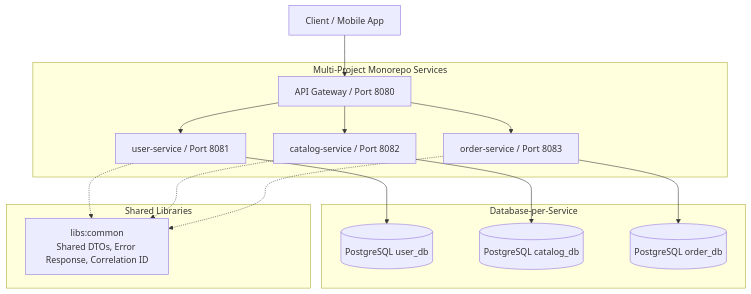
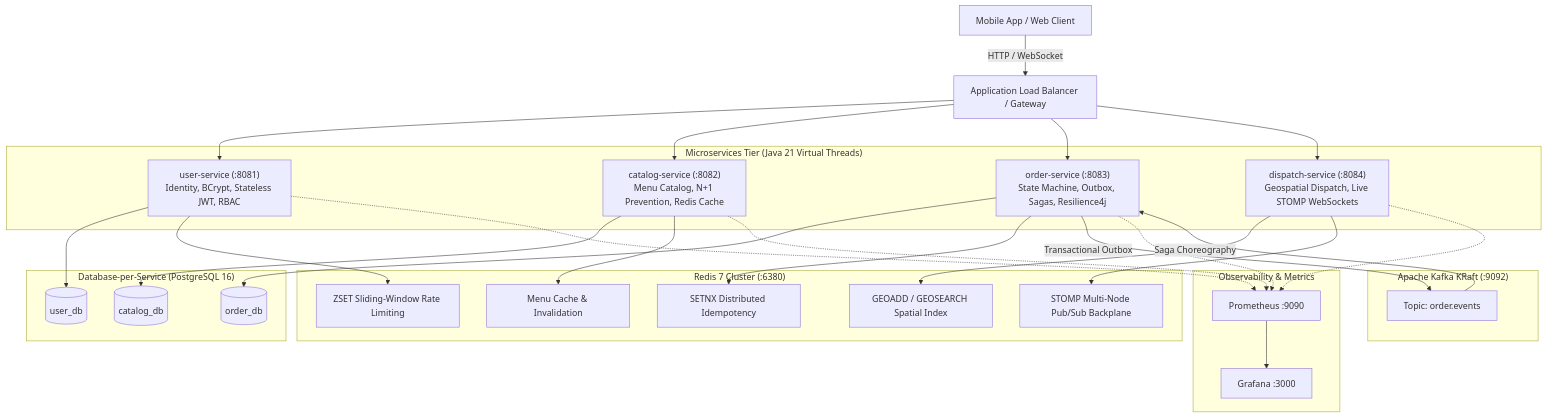
One commit to adilmallick/project-backend-2 changed the diagram in README.md. Above: the diagram before and after it, drawn with Mermaid. The commit also changed other lines of this file, not shown here.

Commit message:
docs: update readme with comprehensive step-by-step system execution guide and architecture

````diff
--- a/README.md
+++ b/README.md
@@ -9,23 +11,58 @@
 ```mermaid
 graph TD
-    Client[Client / Mobile App] --> Gateway[API Gateway / Port 8080]
+    Client[Mobile App / Web Client] -->|HTTP / WebSocket| Ingress[Application Load Balancer / Gateway]
 
-    subgraph Core Services [Multi-Project Monorepo Services]
-        Gateway --> UserService[user-service / Port 8081]
-        Gateway --> CatalogService[catalog-service / Port 8082]
-        Gateway --> OrderService[order-service / Port 8083]
+    subgraph ComputeTier ["Microservices Tier (Java 21 Virtual Threads)"]
+        US["user-service (:8081)<br/>Identity, BCrypt, Stateless JWT, RBAC"]
+        CS["catalog-service (:8082)<br/>Menu Catalog, N+1 Prevention, Redis Cache"]
+        OS["order-service (:8083)<br/>State Machine, Outbox, Sagas, Resilience4j"]
+        DS["dispatch-service (:8084)<br/>Geospatial Dispatch, Live STOMP WebSockets"]
     end
 
-    subgraph Data Tier [Database-per-Service]
-        UserService --> UserDB[(PostgreSQL user_db)]
-        CatalogService --> CatalogDB[(PostgreSQL catalog_db)]
-        OrderService --> OrderDB[(PostgreSQL order_db)]
+    subgraph StateTier ["Database-per-Service (PostgreSQL 16)"]
+        UserDB[(user_db)]
+        CatalogDB[(catalog_db)]
+        OrderDB[(order_db)]
     end
 
-    subgraph Shared Libraries
-        CommonLib[libs:common<br/>Shared DTOs, Error Response, Correlation ID]
-        UserService -.-> CommonLib
-        CatalogService -.-> CommonLib
-        OrderService -.-> CommonLib
+    subgraph DistributedState ["Redis 7 Cluster (:6380)"]
+        RedisCache[Menu Cache & Invalidation]
+        RedisRL[ZSET Sliding-Window Rate Limiting]
+        RedisIdem[SETNX Distributed Idempotency]
+        RedisGeo[GEOADD / GEOSEARCH Spatial Index]
+        RedisPubSub[STOMP Multi-Node Pub/Sub Backplane]
     end
+
+    subgraph EventStream ["Apache Kafka KRaft (:9092)"]
+        OutboxTopic[Topic: order.events]
+    end
+
+    subgraph Observability ["Observability & Metrics"]
+        Prom[Prometheus :9090]
+        Graf[Grafana :3000]
+    end
+
+    Ingress --> US
+    Ingress --> CS
+    Ingress --> OS
+    Ingress --> DS
+
+    US --> UserDB
+    CS --> CatalogDB
+    OS --> OrderDB
+
+    US --> RedisRL
+    CS --> RedisCache
+    OS --> RedisIdem
+    DS --> RedisGeo
+    DS --> RedisPubSub
+
+    OS -->|Transactional Outbox| OutboxTopic
+    OutboxTopic -->|Saga Choreography| OS
+
+    US -.-> Prom
+    CS -.-> Prom
+    OS -.-> Prom
+    DS -.-> Prom
+    Prom --> Graf
 ```
````
